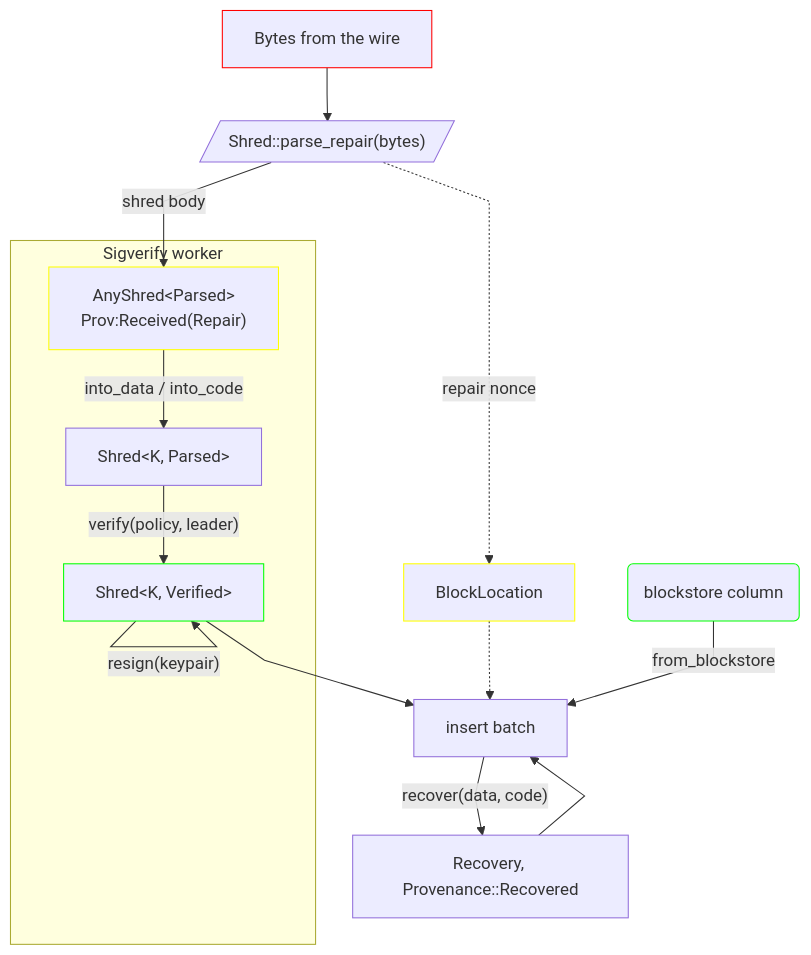
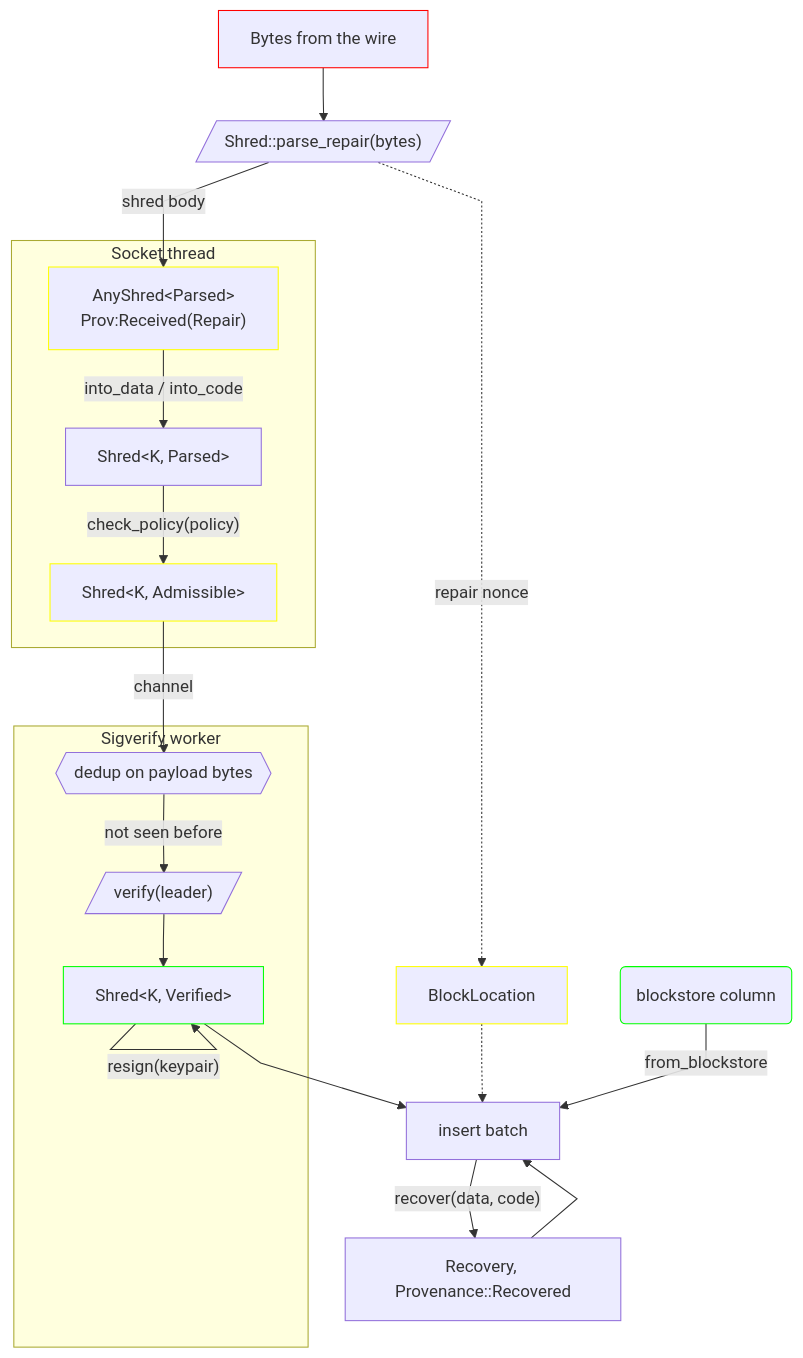
Before and after one commit to anza-xyz/agave: the diagram in shred/doc/ingest.md, drawn with Mermaid. The commit also changed other lines of this file and 15 other files, not shown here.

````diff
--- a/shred/doc/ingest.md
+++ b/shred/doc/ingest.md
@@ -6,26 +6,33 @@
 ```mermaid
 ---
 config:
   flowchart:
     curve: linear
 ---
 flowchart TB
     style packet stroke: #f00
     style parsed stroke: #ff0
+    style admissible stroke: #ff0
     style nonce stroke: #ff0
     style verified stroke: #0f0
     style column stroke: #0f0
     packet["Bytes from the wire"] --> fn_parse[/"Shred::parse_repair(bytes)"/]
     fn_parse -->|"shred body"| parsed["AnyShred&lt;Parsed&gt;<br/>Prov:Received(Repair)"]
     fn_parse -.->|"repair nonce"| nonce["BlockLocation"]
     nonce -.->batch
-    subgraph "Sigverify worker"
+    subgraph socket["Socket thread"]
     parsed -->|"into_data / into_code"| typed["Shred&lt;K, Parsed&gt;"]
-    typed -->|"verify(policy, leader)"| verified["Shred&lt;K, Verified&gt;"]
+    typed -->|"check_policy(policy)"| admissible["Shred&lt;K, Admissible&gt;"]
     end
+    subgraph sigverify["Sigverify worker"]
+    dedup{{"dedup on payload bytes"}}
+    dedup -->|"not seen before"| fn_verify[/"verify(leader)"/]
+    fn_verify --> verified["Shred&lt;K, Verified&gt;"]
+    end
+    admissible -->|"channel"| dedup
     verified -->|"resign(keypair)"| verified
     verified --> batch["insert batch"]
     column("blockstore column") -->|from_blockstore| batch
     batch -->|"recover(data, code)"| rebuilt["Recovery, Provenance::Recovered"]
     rebuilt --> batch
 ```
````
